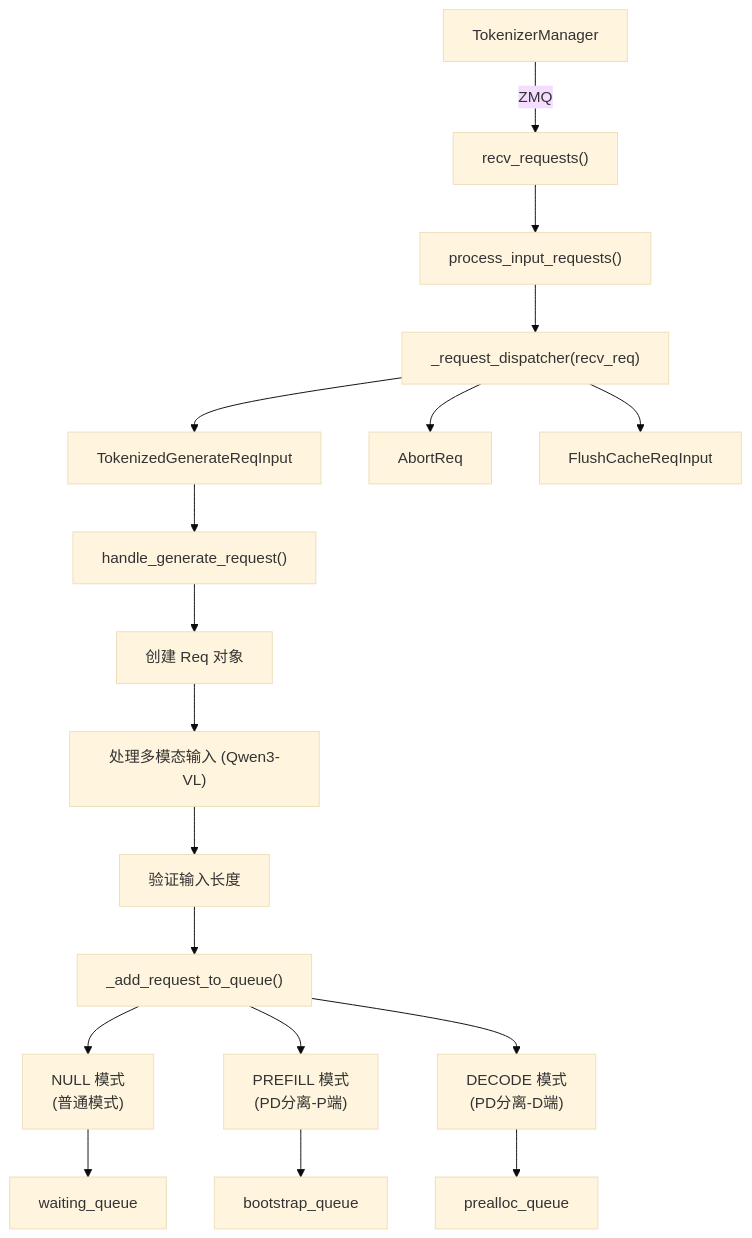
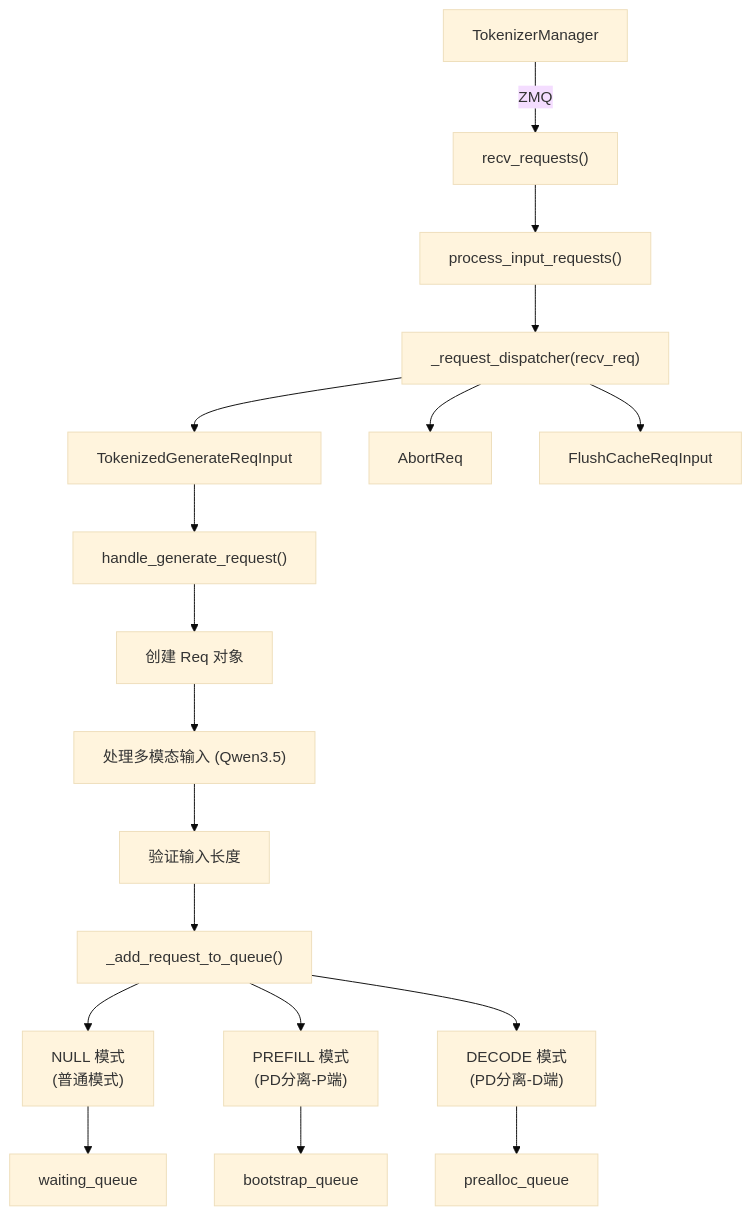
One commit to wesleyck/AIInfraNotes changed the fifth of 15 diagrams in SGLang/03-scheduler.md. Above: the diagram before and after it, drawn with Mermaid (base theme). The commit also changed other lines of this file and 24 other files, not shown here.

````diff
--- a/SGLang/03-scheduler.md
+++ b/SGLang/03-scheduler.md
@@ -531,24 +532,24 @@
 ```mermaid
 flowchart TD
     TM["TokenizerManager"] -->|ZMQ| Recv["recv_requests()"]
     Recv --> Process["process_input_requests()"]
     Process --> Dispatch["_request_dispatcher(recv_req)"]
 
     Dispatch --> T1["TokenizedGenerateReqInput"]
     Dispatch --> T2["AbortReq"]
     Dispatch --> T3["FlushCacheReqInput"]
 
     T1 --> Handle["handle_generate_request()"]
     Handle --> H1["创建 Req 对象"]
-    H1 --> H2["处理多模态输入 (Qwen3-VL)"]
+    H1 --> H2["处理多模态输入 (Qwen3.5)"]
     H2 --> H3["验证输入长度"]
     H3 --> H4["_add_request_to_queue()"]
 
     H4 --> M1["NULL 模式<br/>(普通模式)"]
     H4 --> M2["PREFILL 模式<br/>(PD分离-P端)"]
     H4 --> M3["DECODE 模式<br/>(PD分离-D端)"]
 
     M1 --> Q1["waiting_queue"]
     M2 --> Q2["bootstrap_queue"]
     M3 --> Q3["prealloc_queue"]
 ```
````
